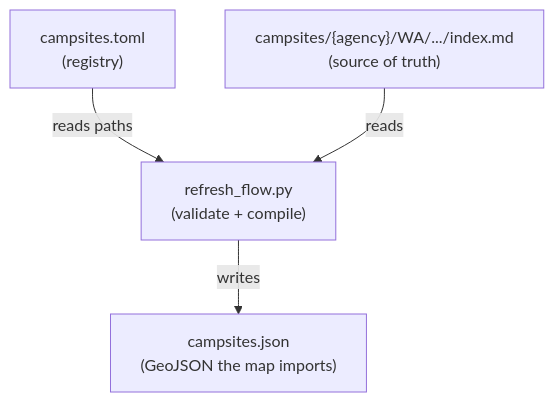
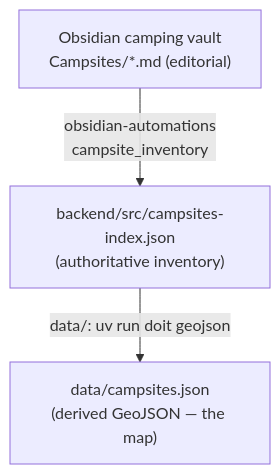
The diagram in data/README.md (robogeosociety/robot-geographical-society), drawn with Mermaid before and after one commit. The commit also changed other lines of this file and 98 other files, not shown here.

````diff
--- a/data/README.md
+++ b/data/README.md
@@ -17,6 +16,5 @@
 ```mermaid
 graph TD
-    TOML["campsites.toml<br/>(registry)"] -->|reads paths| Refresh["refresh_flow.py<br/>(validate + compile)"]
-    MD["campsites/{agency}/WA/.../index.md<br/>(source of truth)"] -->|reads| Refresh
-    Refresh -->|writes| JSON["campsites.json<br/>(GeoJSON the map imports)"]
+    VAULT["Obsidian camping vault<br/>Campsites/*.md (editorial)"] -->|obsidian-automations<br/>campsite_inventory| INV["backend/src/campsites-index.json<br/>(authoritative inventory)"]
+    INV -->|data/: uv run doit geojson| GJ["data/campsites.json<br/>(derived GeoJSON — the map)"]
 ```
````
